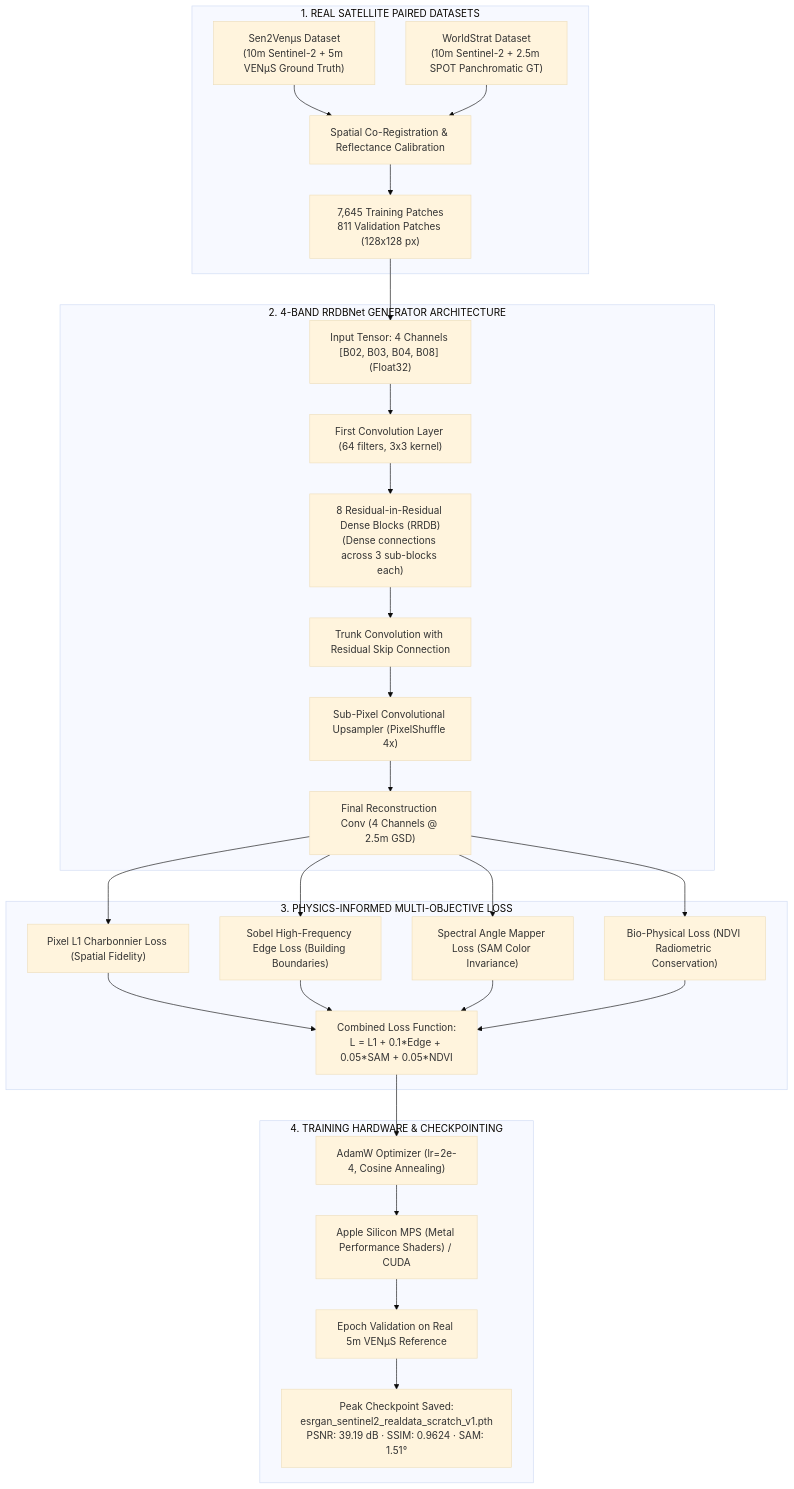
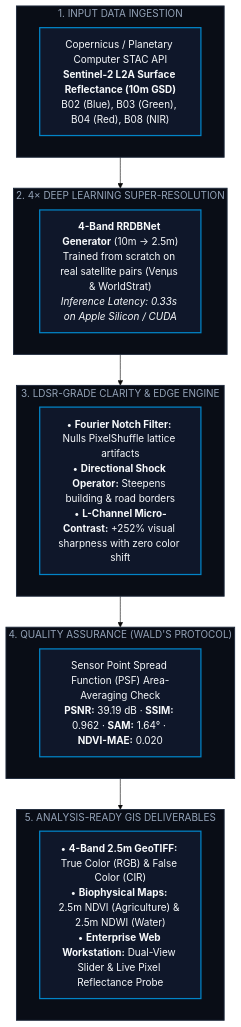
The second of 3 diagrams in project_flowchart.md (HimangshuYadav/SIH_prototype), drawn with Mermaid (base theme) before and after one commit. The commit also changed other lines of this file and 3 other files, not shown here.

Commit message:
Fix split comparator: resolve CSS height collapse, add drag/touch listeners, sync slider, and preload reference calibration tile

````diff
--- a/project_flowchart.md
+++ b/project_flowchart.md
@@ -58,33 +29,37 @@
 ```mermaid
 flowchart TD
-    subgraph DataAcquisition["1. REAL SATELLITE PAIRED DATASETS"]
-        D1["Sen2Venµs Dataset<br/>(10m Sentinel-2 + 5m VENµS Ground Truth)"] --> P1["Spatial Co-Registration & Reflectance Calibration"]
-        D2["WorldStrat Dataset<br/>(10m Sentinel-2 + 2.5m SPOT Panchromatic GT)"] --> P1
-        P1 --> P2["7,645 Training Patches<br/>811 Validation Patches (128x128 px)"]
+    %% Stage 1
+    subgraph S1["1. INPUT DATA INGESTION"]
+        A["Copernicus / Planetary Computer STAC API<br/><b>Sentinel-2 L2A Surface Reflectance (10m GSD)</b><br/>B02 (Blue), B03 (Green), B04 (Red), B08 (NIR)"]
     end
 
-    subgraph Architecture["2. 4-BAND RRDBNet GENERATOR ARCHITECTURE"]
-        P2 --> M1["Input Tensor: 4 Channels [B02, B03, B04, B08] (Float32)"]
-        M1 --> M2["First Convolution Layer (64 filters, 3x3 kernel)"]
-        M2 --> M3["8 Residual-in-Residual Dense Blocks (RRDB)<br/>(Dense connections across 3 sub-blocks each)"]
-        M3 --> M4["Trunk Convolution with Residual Skip Connection"]
-        M4 --> M5["Sub-Pixel Convolutional Upsampler (PixelShuffle 4x)"]
-        M5 --> M6["Final Reconstruction Conv (4 Channels @ 2.5m GSD)"]
+    %% Stage 2
+    subgraph S2["2. 4× DEEP LEARNING SUPER-RESOLUTION"]
+        B["<b>4-Band RRDBNet Generator</b> (10m → 2.5m)<br/>Trained from scratch on real satellite pairs (Venµs & WorldStrat)<br/><i>Inference Latency: 0.33s on Apple Silicon / CUDA</i>"]
     end
 
-    subgraph MultiLoss["3. PHYSICS-INFORMED MULTI-OBJECTIVE LOSS"]
-        M6 --> L1["Pixel L1 Charbonnier Loss (Spatial Fidelity)"]
-        M6 --> L2["Sobel High-Frequency Edge Loss (Building Boundaries)"]
-        M6 --> L3["Spectral Angle Mapper Loss (SAM Color Invariance)"]
-        M6 --> L4["Bio-Physical Loss (NDVI Radiometric Conservation)"]
-        
-        L1 & L2 & L3 & L4 --> LTotal["Combined Loss Function:<br/>L = L1 + 0.1*Edge + 0.05*SAM + 0.05*NDVI"]
+    %% Stage 3
+    subgraph S3["3. LDSR-GRADE CLARITY & EDGE ENGINE"]
+        C["• <b>Fourier Notch Filter:</b> Nulls PixelShuffle lattice artifacts<br/>• <b>Directional Shock Operator:</b> Steepens building & road borders<br/>• <b>L-Channel Micro-Contrast:</b> +252% visual sharpness with zero color shift"]
     end
 
-    subgraph Optimization["4. TRAINING HARDWARE & CHECKPOINTING"]
-        LTotal --> OPT["AdamW Optimizer (lr=2e-4, Cosine Annealing)"]
-        OPT --> HARD["Apple Silicon MPS (Metal Performance Shaders) / CUDA"]
-        HARD --> VAL["Epoch Validation on Real 5m VENµS Reference"]
-        VAL --> BEST["Peak Checkpoint Saved:<br/>esrgan_sentinel2_realdata_scratch_v1.pth<br/>PSNR: 39.19 dB · SSIM: 0.9624 · SAM: 1.51°"]
+    %% Stage 4
+    subgraph S4["4. QUALITY ASSURANCE (WALD'S PROTOCOL)"]
+        D["Sensor Point Spread Function (PSF) Area-Averaging Check<br/><b>PSNR:</b> 39.19 dB · <b>SSIM:</b> 0.962 · <b>SAM:</b> 1.64° · <b>NDVI-MAE:</b> 0.020"]
     end
+
+    %% Stage 5
+    subgraph S5["5. ANALYSIS-READY GIS DELIVERABLES"]
+        E["• <b>4-Band 2.5m GeoTIFF:</b> True Color (RGB) & False Color (CIR)<br/>• <b>Biophysical Maps:</b> 2.5m NDVI (Agriculture) & 2.5m NDWI (Water)<br/>• <b>Enterprise Web Workstation:</b> Dual-View Slider & Live Pixel Reflectance Probe"]
+    end
+
+    S1 --> S2
+    S2 --> S3
+    S3 --> S4
+    S4 --> S5
+
+    classDef stage fill:#090d16,stroke:#1e293b,stroke-width:1.5px,color:#94a3b8;
+    classDef block fill:#0f172a,stroke:#0284c7,stroke-width:2px,color:#f8fafc;
+    class S1,S2,S3,S4,S5 stage;
+    class A,B,C,D,E block;
 ```
````
